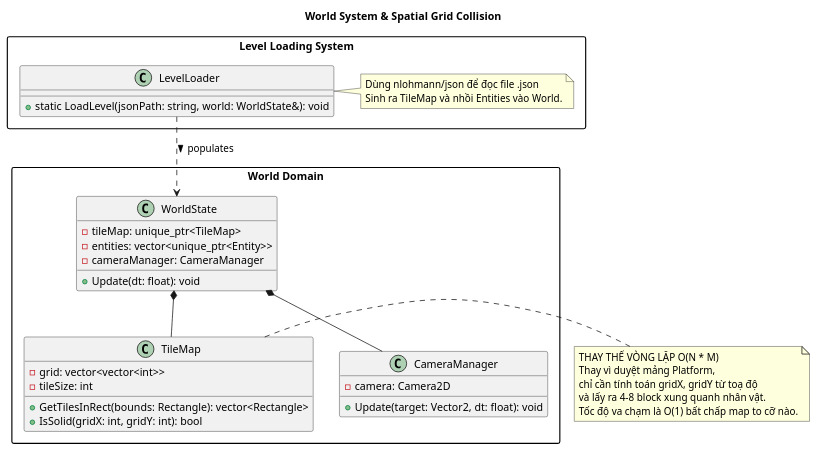
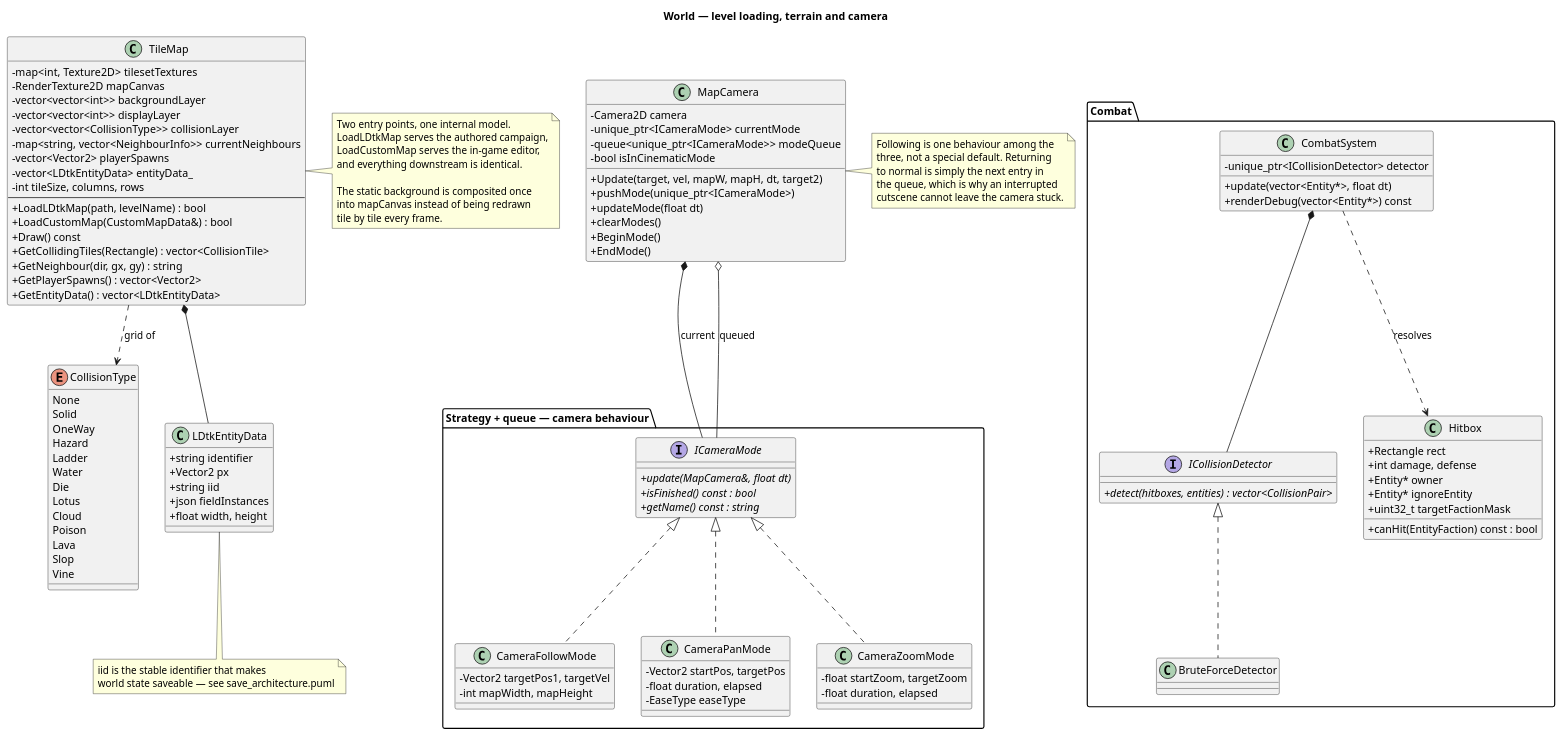
One commit to ltbinh812/Super_Mario_Plus changed the diagram in workflow/blueprints/world_and_collision.puml. Above: the diagram before and after it, drawn with PlantUML. The commit also changed 87 other files, not shown here.

```diff
--- a/workflow/blueprints/world_and_collision.puml
+++ b/workflow/blueprints/world_and_collision.puml
@@ -1,51 +1,140 @@
 @startuml world_and_collision
+' Super Mario Plus - level loading, terrain and camera
+' Verified against the source tree at commit b378acb.
+' Matches: include/environment/, src/environment/, include/combatsystem/
 
-skinparam packageStyle rectangle
+title World — level loading, terrain and camera
 
-title World System & Spatial Grid Collision
+skinparam classAttributeIconSize 0
 
-package "Level Loading System" {
-    class LevelLoader {
-        + static LoadLevel(jsonPath: string, world: WorldState&): void
-    }
-    
-    note right of LevelLoader
-      Dùng nlohmann/json để đọc file .json
-      Sinh ra TileMap và nhồi Entities vào World.
-    end note
+enum CollisionType {
+  None
+  Solid
+  OneWay
+  Hazard
+  Ladder
+  Water
+  Die
+  Lotus
+  Cloud
+  Poison
+  Lava
+  Slop
+  Vine
 }
 
-package "World Domain" {
-    class WorldState {
-        - tileMap: unique_ptr<TileMap>
-        - entities: vector<unique_ptr<Entity>>
-        - cameraManager: CameraManager
-        + Update(dt: float): void
-    }
+class TileMap {
+  - map<int, Texture2D> tilesetTextures
+  - RenderTexture2D mapCanvas
+  - vector<vector<int>> backgroundLayer
+  - vector<vector<int>> displayLayer
+  - vector<vector<CollisionType>> collisionLayer
+  - map<string, vector<NeighbourInfo>> currentNeighbours
+  - vector<Vector2> playerSpawns
+  - vector<LDtkEntityData> entityData_
+  - int tileSize, columns, rows
+  --
+  + LoadLDtkMap(path, levelName) : bool
+  + LoadCustomMap(CustomMapData&) : bool
+  + Draw() const
+  + GetCollidingTiles(Rectangle) : vector<CollisionTile>
+  + GetNeighbour(dir, gx, gy) : string
+  + GetPlayerSpawns() : vector<Vector2>
+  + GetEntityData() : vector<LDtkEntityData>
+}
+note right of TileMap
+  Two entry points, one internal model.
+  LoadLDtkMap serves the authored campaign,
+  LoadCustomMap serves the in-game editor,
+  and everything downstream is identical.
 
-    class TileMap {
-        - grid: vector<vector<int>>
-        - tileSize: int
-        + GetTilesInRect(bounds: Rectangle): vector<Rectangle>
-        + IsSolid(gridX: int, gridY: int): bool
-    }
+  The static background is composited once
+  into mapCanvas instead of being redrawn
+  tile by tile every frame.
+end note
 
-    class CameraManager {
-        - camera: Camera2D
-        + Update(target: Vector2, dt: float): void
-    }
+class LDtkEntityData {
+  + string identifier
+  + Vector2 px
+  + string iid
+  + json fieldInstances
+  + float width, height
+}
+note bottom of LDtkEntityData
+  iid is the stable identifier that makes
+  world state saveable — see save_architecture.puml
+end note
+
+package "Strategy + queue — camera behaviour" {
+  interface ICameraMode {
+    + {abstract} update(MapCamera&, float dt)
+    + {abstract} isFinished() const : bool
+    + {abstract} getName() const : string
+  }
+  class CameraFollowMode {
+    - Vector2 targetPos1, targetVel
+    - int mapWidth, mapHeight
+  }
+  class CameraPanMode {
+    - Vector2 startPos, targetPos
+    - float duration, elapsed
+    - EaseType easeType
+  }
+  class CameraZoomMode {
+    - float startZoom, targetZoom
+    - float duration, elapsed
+  }
+  ICameraMode <|.. CameraFollowMode
+  ICameraMode <|.. CameraPanMode
+  ICameraMode <|.. CameraZoomMode
 }
 
-WorldState *-- TileMap
-WorldState *-- CameraManager
-LevelLoader ..> WorldState : populates >
-
-note right of TileMap
-  THAY THẾ VÒNG LẶP O(N * M)
-  Thay vì duyệt mảng Platform,
-  chỉ cần tính toán gridX, gridY từ toạ độ
-  và lấy ra 4-8 block xung quanh nhân vật.
-  Tốc độ va chạm là O(1) bất chấp map to cỡ nào.
+class MapCamera {
+  - Camera2D camera
+  - unique_ptr<ICameraMode> currentMode
+  - queue<unique_ptr<ICameraMode>> modeQueue
+  - bool isInCinematicMode
+  + Update(target, vel, mapW, mapH, dt, target2)
+  + pushMode(unique_ptr<ICameraMode>)
+  + updateMode(float dt)
+  + clearModes()
+  + BeginMode()
+  + EndMode()
+}
+note right of MapCamera
+  Following is one behaviour among the
+  three, not a special default. Returning
+  to normal is simply the next entry in
+  the queue, which is why an interrupted
+  cutscene cannot leave the camera stuck.
 end note
 
+package "Combat" {
+  interface ICollisionDetector {
+    + {abstract} detect(hitboxes, entities) : vector<CollisionPair>
+  }
+  class BruteForceDetector
+  class CombatSystem {
+    - unique_ptr<ICollisionDetector> detector
+    + update(vector<Entity*>, float dt)
+    + renderDebug(vector<Entity*>) const
+  }
+  class Hitbox {
+    + Rectangle rect
+    + int damage, defense
+    + Entity* owner
+    + Entity* ignoreEntity
+    + uint32_t targetFactionMask
+    + canHit(EntityFaction) const : bool
+  }
+  ICollisionDetector <|.. BruteForceDetector
+  CombatSystem *-- ICollisionDetector
+  CombatSystem ..> Hitbox : resolves
+}
+
+TileMap ..> CollisionType : grid of
+TileMap *-- LDtkEntityData
+MapCamera *-- ICameraMode : current
+MapCamera o-- ICameraMode : queued
+
 @enduml
```
